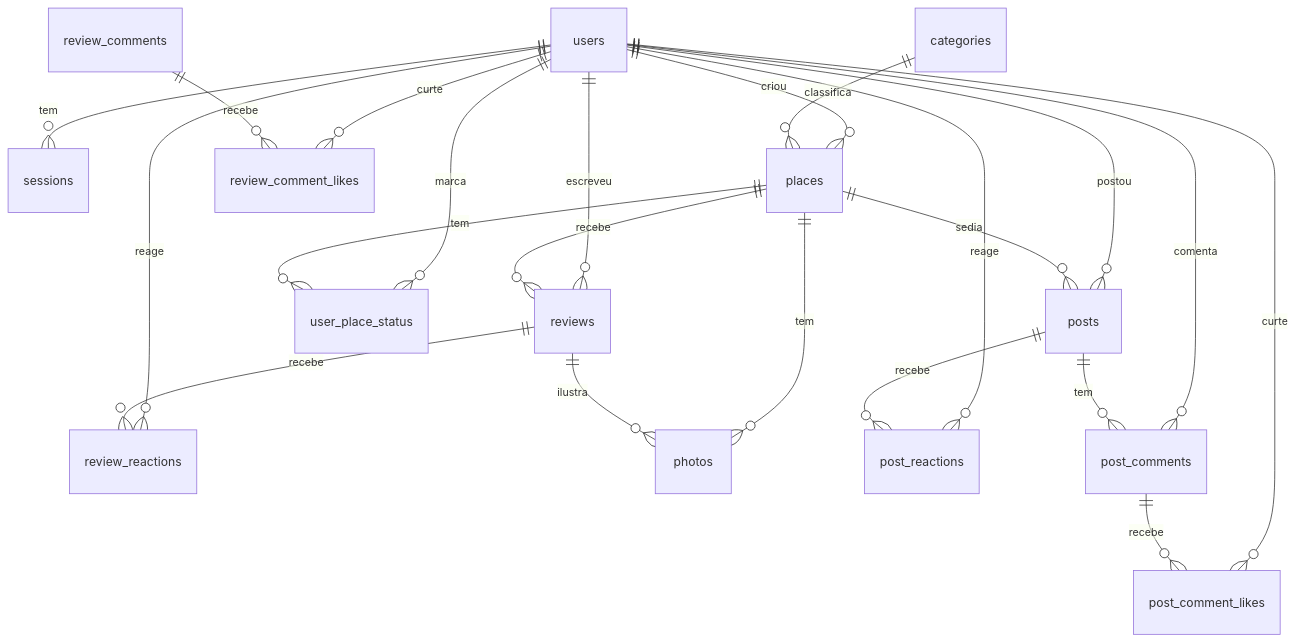
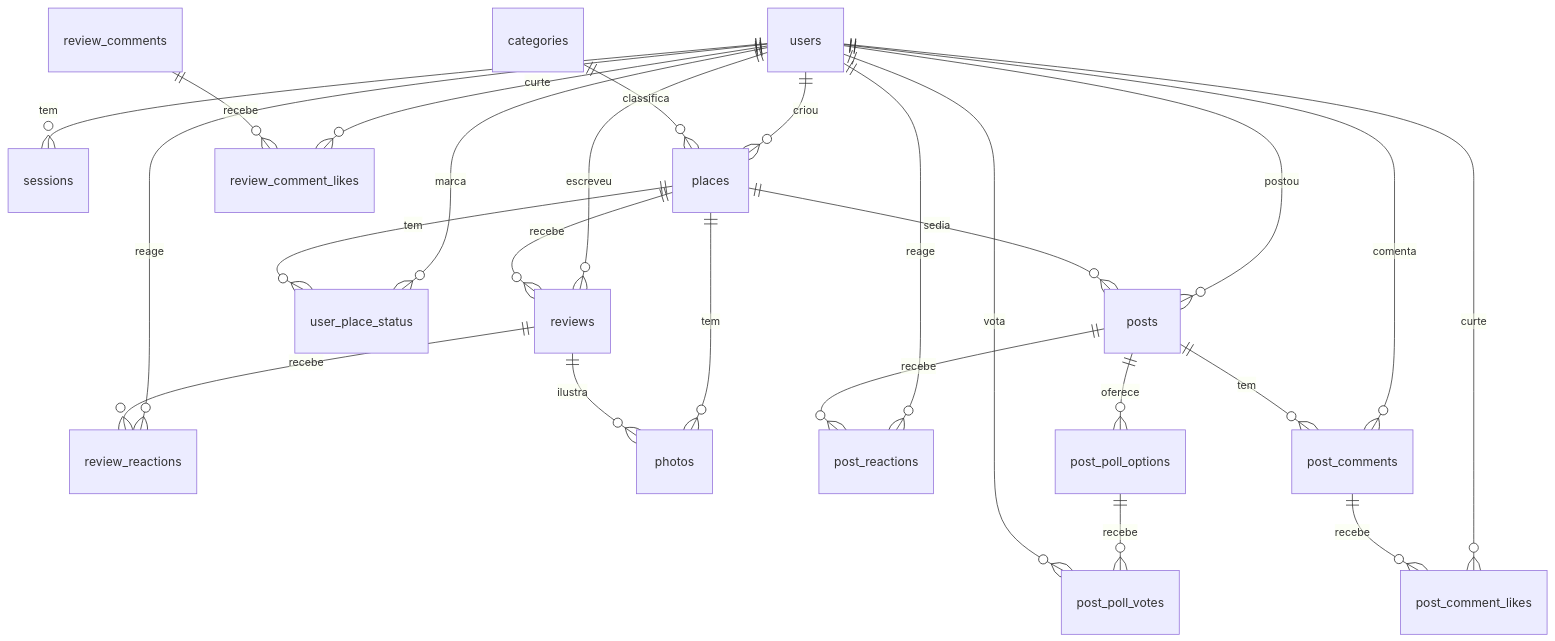
The diagram in docs/03-modelo-de-dados.md (isaqueks/eonarga), drawn with Mermaid before and after one commit. The commit also changed other lines of this file and 24 other files, not shown here.

````diff
--- a/docs/03-modelo-de-dados.md
+++ b/docs/03-modelo-de-dados.md
@@ -7,24 +7,27 @@
 ```mermaid
 erDiagram
   users ||--o{ sessions : tem
   users ||--o{ places : criou
   users ||--o{ reviews : escreveu
   users ||--o{ user_place_status : marca
   users ||--o{ review_reactions : reage
   categories ||--o{ places : classifica
   places ||--o{ reviews : recebe
   places ||--o{ user_place_status : tem
   places ||--o{ photos : tem
   reviews ||--o{ review_reactions : recebe
   reviews ||--o{ photos : ilustra
   users ||--o{ posts : postou
   places ||--o{ posts : sedia
   users ||--o{ post_reactions : reage
   posts ||--o{ post_reactions : recebe
   users ||--o{ post_comments : comenta
   posts ||--o{ post_comments : tem
+  posts ||--o{ post_poll_options : oferece
+  post_poll_options ||--o{ post_poll_votes : recebe
+  users ||--o{ post_poll_votes : vota
   users ||--o{ review_comment_likes : curte
   review_comments ||--o{ review_comment_likes : recebe
   users ||--o{ post_comment_likes : curte
   post_comments ||--o{ post_comment_likes : recebe
 ```
````
